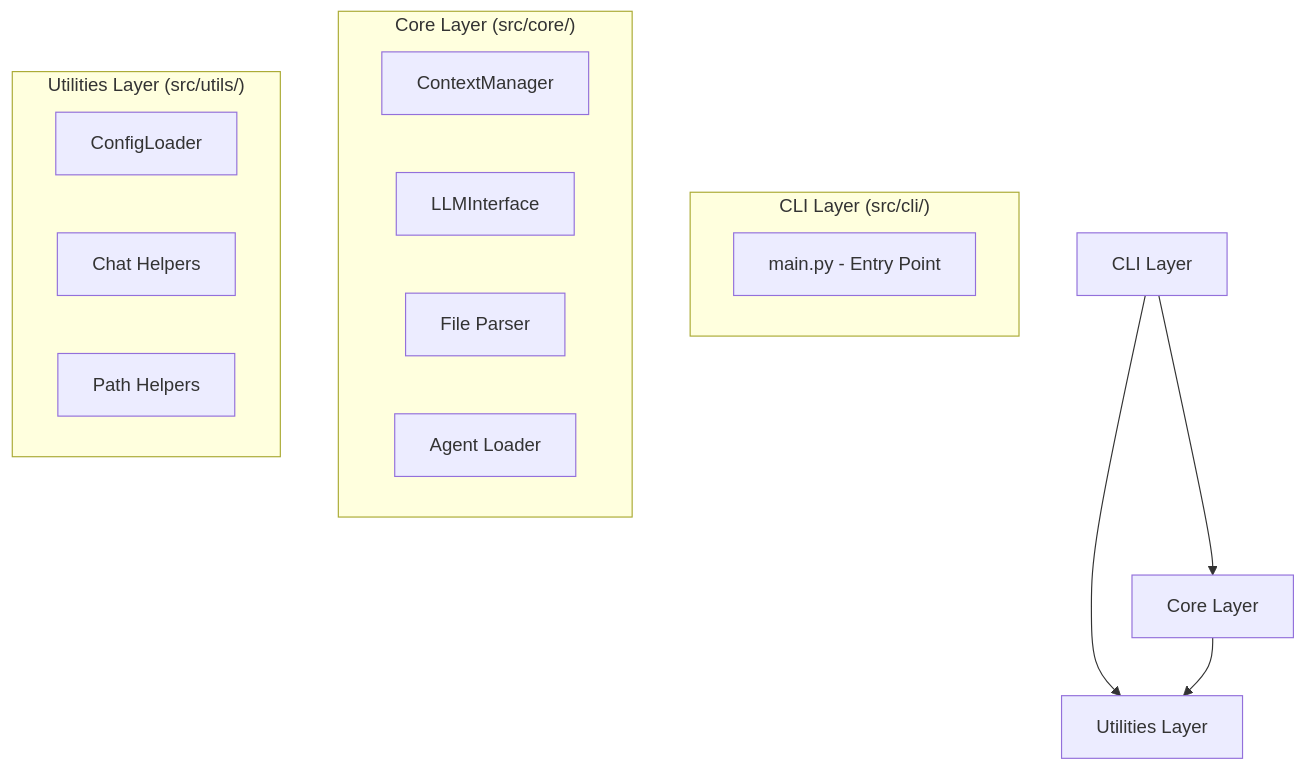
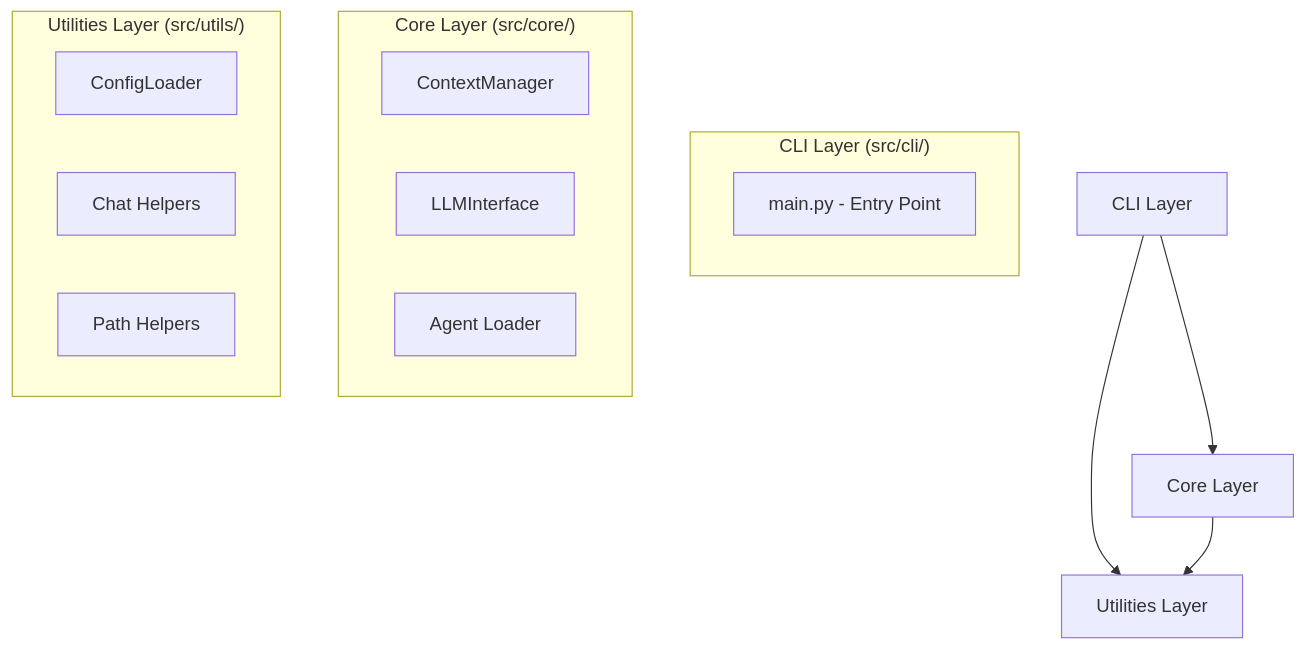
Before and after one commit to tim-o-private/llm-agent: the first of 6 diagrams in memory-bank/systemPatterns.md, drawn with Mermaid. The commit also changed other lines of this file and 17 other files, not shown here.

````diff
--- a/memory-bank/systemPatterns.md
+++ b/memory-bank/systemPatterns.md
@@ -9,23 +9,22 @@
 ```mermaid
 graph TD
     CLI[CLI Layer] --> Core[Core Layer]
     CLI --> Utils[Utilities Layer]
     Core --> Utils
     
     subgraph "CLI Layer (src/cli/)"
         main.py[main.py - Entry Point]
     end
     
     subgraph "Core Layer (src/core/)"
         context_manager[ContextManager]
         llm_interface[LLMInterface]
-        file_parser[File Parser]
         agent_loader[Agent Loader]
     end
     
     subgraph "Utilities Layer (src/utils/)"
         config_loader[ConfigLoader]
         chat_helpers[Chat Helpers]
         path_helpers[Path Helpers]
     end
 ```
````
